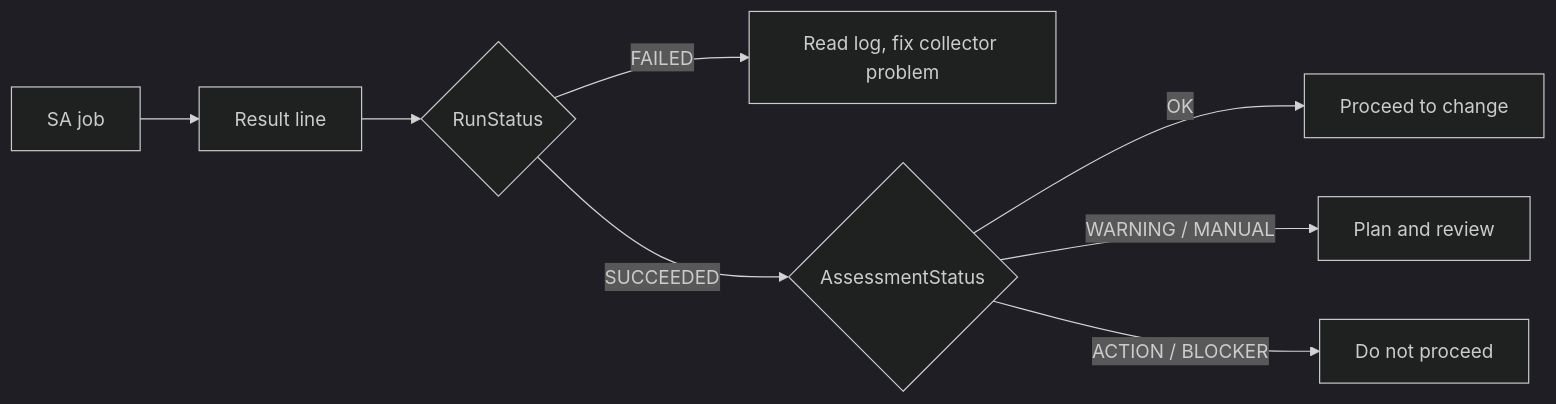
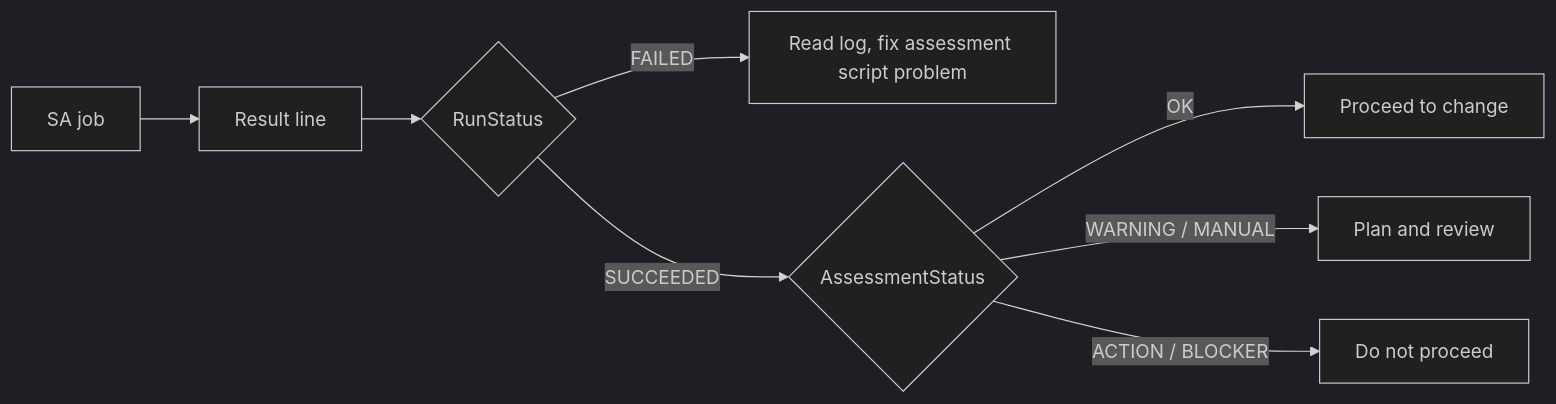
One commit to JeanKadang/IPU-ReadinessAssessment changed the seventh of 7 diagrams in docs/user-guide.md. Above: the diagram before and after it, drawn with Mermaid (dark theme). The commit also changed other lines of this file and 1 other file, not shown here.

````diff
--- a/docs/user-guide.md
+++ b/docs/user-guide.md
@@ -894,10 +894,10 @@
 ```mermaid
 flowchart LR
     SA[SA job] --> L[Result line]
     L --> D{RunStatus}
-    D -->|FAILED| T[Read log, fix collector problem]
+    D -->|FAILED| T[Read log, fix assessment script problem]
     D -->|SUCCEEDED| S{AssessmentStatus}
     S -->|OK| G[Proceed to change]
     S -->|WARNING / MANUAL| P[Plan and review]
     S -->|ACTION / BLOCKER| X[Do not proceed]
 ```
````
